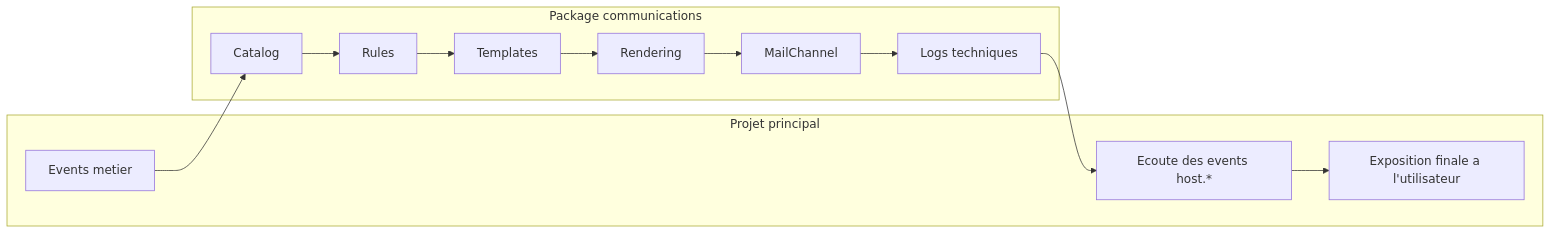
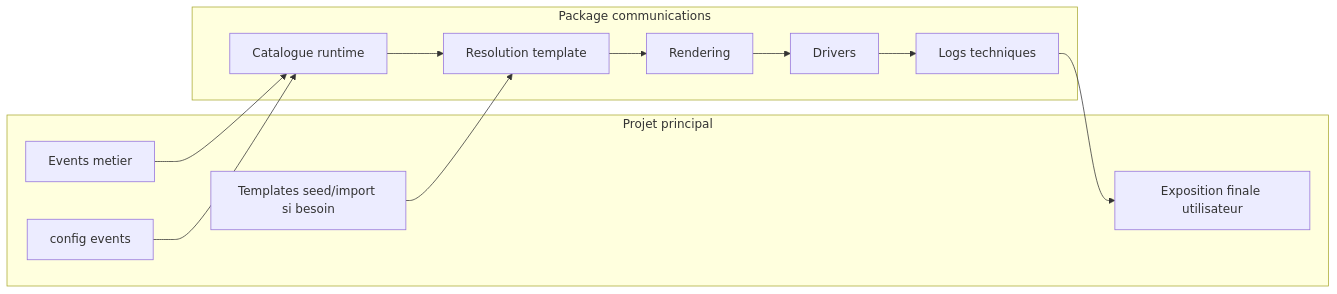
One commit to Alex-Saba/notificationmanager changed the sixth of 7 diagrams in docs/DIAGRAMS.md. Above: the diagram before and after it, drawn with Mermaid. The commit also changed other lines of this file and 5 other files, not shown here.

````diff
--- a/docs/DIAGRAMS.md
+++ b/docs/DIAGRAMS.md
@@ -108,26 +104,26 @@
 ```mermaid
 flowchart LR
     subgraph Host["Projet principal"]
         A["Events metier"]
-        B["Ecoute des events host.*"]
-        C["Exposition finale a l'utilisateur"]
+        B["config events"]
+        C["Templates seed/import si besoin"]
+        D["Exposition finale utilisateur"]
     end
 
     subgraph Package["Package communications"]
-        D["Catalog"]
-        E["Rules"]
-        F["Templates"]
+        E["Catalogue runtime"]
+        F["Resolution template"]
         G["Rendering"]
-        H["MailChannel"]
+        H["Drivers"]
         I["Logs techniques"]
     end
 
-    A --> D
-    D --> E
+    A --> E
+    B --> E
+    C --> F
     E --> F
     F --> G
     G --> H
     H --> I
-    I --> B
-    B --> C
+    I --> D
 ```
````
